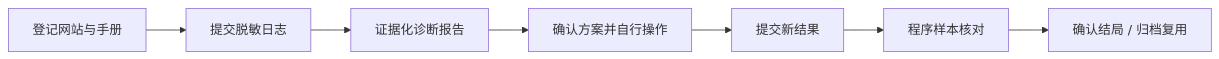
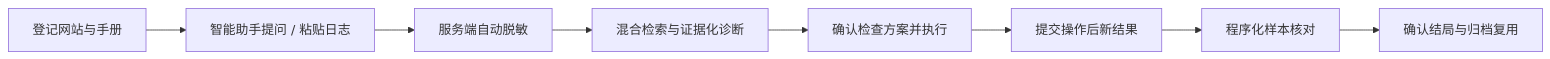
The first of 2 diagrams in README.md (twi66li/OpsPilot), drawn with Mermaid before and after one commit. The commit also changed other lines of this file, not shown here.

````diff
--- a/README.md
+++ b/README.md
@@ -11,9 +18,10 @@
 ```mermaid
 flowchart LR
-    A[登记网站与手册] --> B[提交脱敏日志]
-    B --> C[证据化诊断报告]
-    C --> D[确认方案并自行操作]
-    D --> E[提交新结果]
-    E --> F[程序样本核对]
-    F --> G[确认结局 / 归档复用]
+    A[登记网站与手册] --> B[智能助手提问 / 粘贴日志]
+    B --> C[服务端自动脱敏]
+    C --> D[混合检索与证据化诊断]
+    D --> E[确认检查方案并执行]
+    E --> F[提交操作后新结果]
+    F --> G[程序化样本核对]
+    G --> H[确认结局与归档复用]
 ```
````
